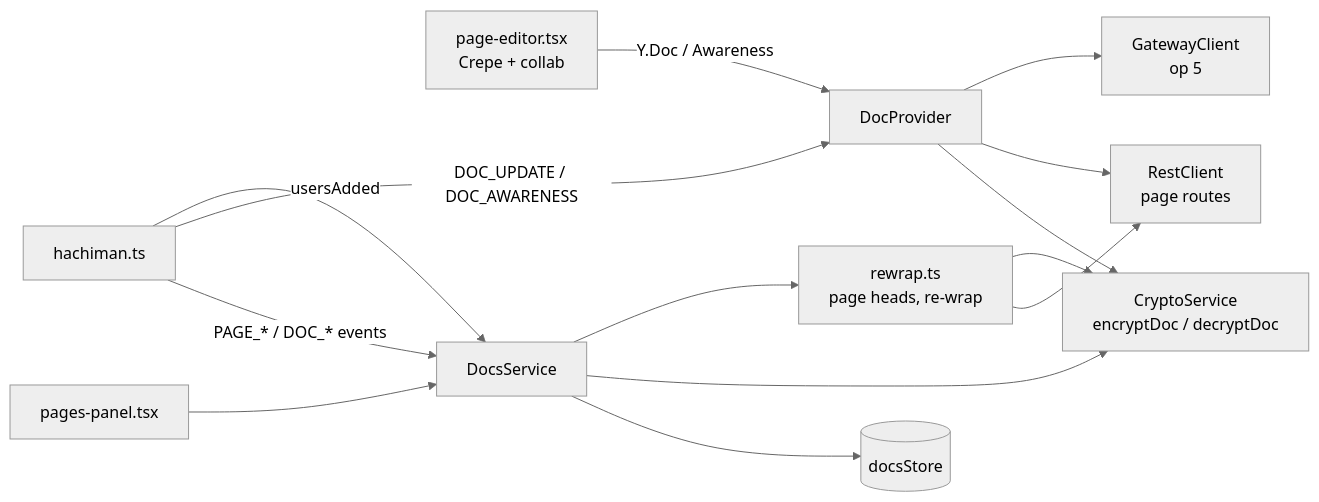
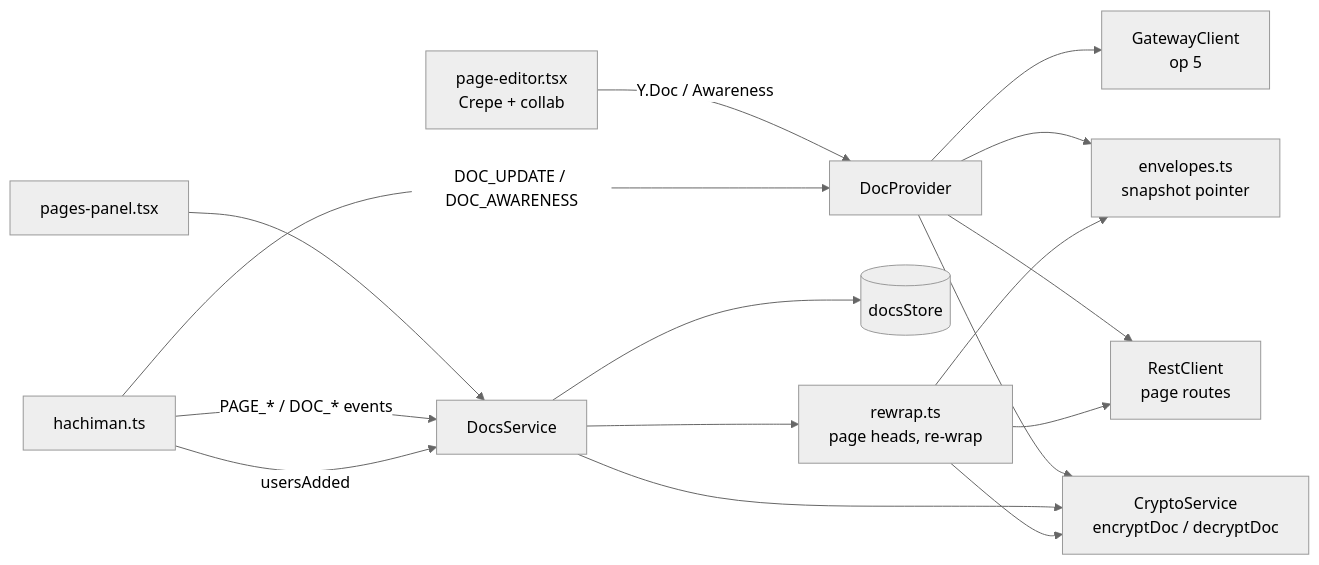
One commit to dan-hummelstad/hachiman changed the fifth of 5 diagrams in apps/hachiman/README.md. Above: the diagram before and after it, drawn with Mermaid (neutral theme). The commit also changed other lines of this file and 67 other files, not shown here.

````diff
--- a/apps/hachiman/README.md
+++ b/apps/hachiman/README.md
@@ -274,16 +276,18 @@
 ```mermaid
 flowchart LR
   Editor[page-editor.tsx<br/>Crepe + collab] -- Y.Doc / Awareness --> Provider[DocProvider]
   Panel[pages-panel.tsx] --> DocsService
   DocsService --> docsStore[(docsStore)]
   Provider --> Crypto[CryptoService<br/>encryptDoc / decryptDoc]
   DocsService --> Crypto
   Provider --> REST[RestClient<br/>page routes]
   Provider --> GW[GatewayClient<br/>op 5]
   hachiman.ts -- PAGE_* / DOC_* events --> DocsService
   hachiman.ts -- DOC_UPDATE / DOC_AWARENESS --> Provider
   hachiman.ts -- usersAdded --> DocsService
   DocsService --> Rewrap[rewrap.ts<br/>page heads, re-wrap]
   Rewrap --> REST
   Rewrap --> Crypto
+  Provider --> Envelopes[envelopes.ts<br/>snapshot pointer]
+  Rewrap --> Envelopes
 ```
````
